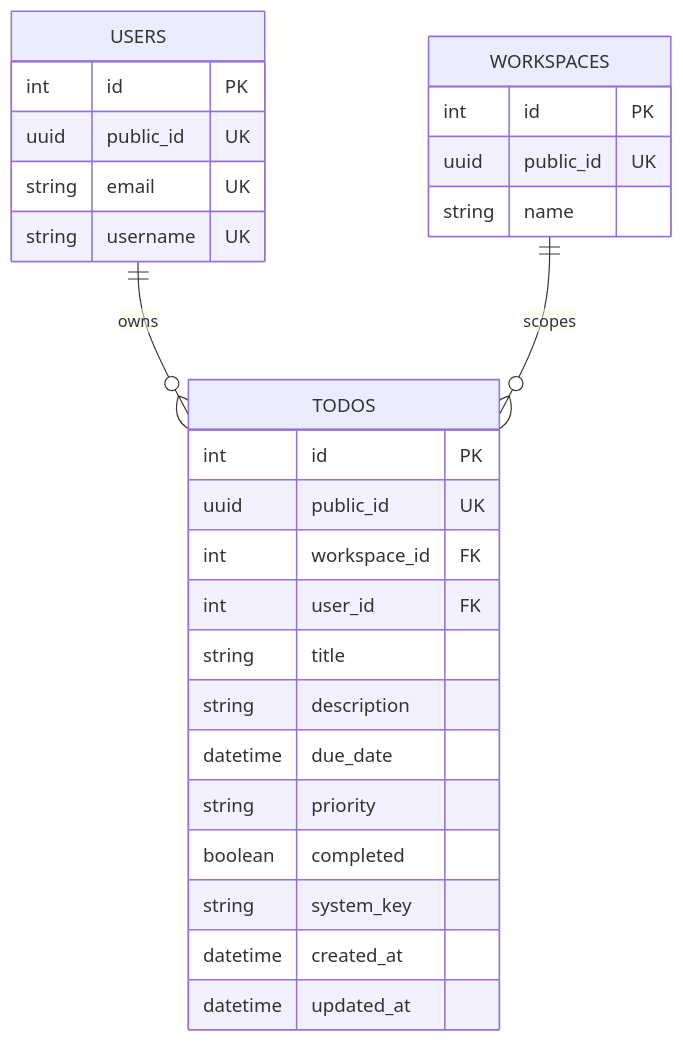
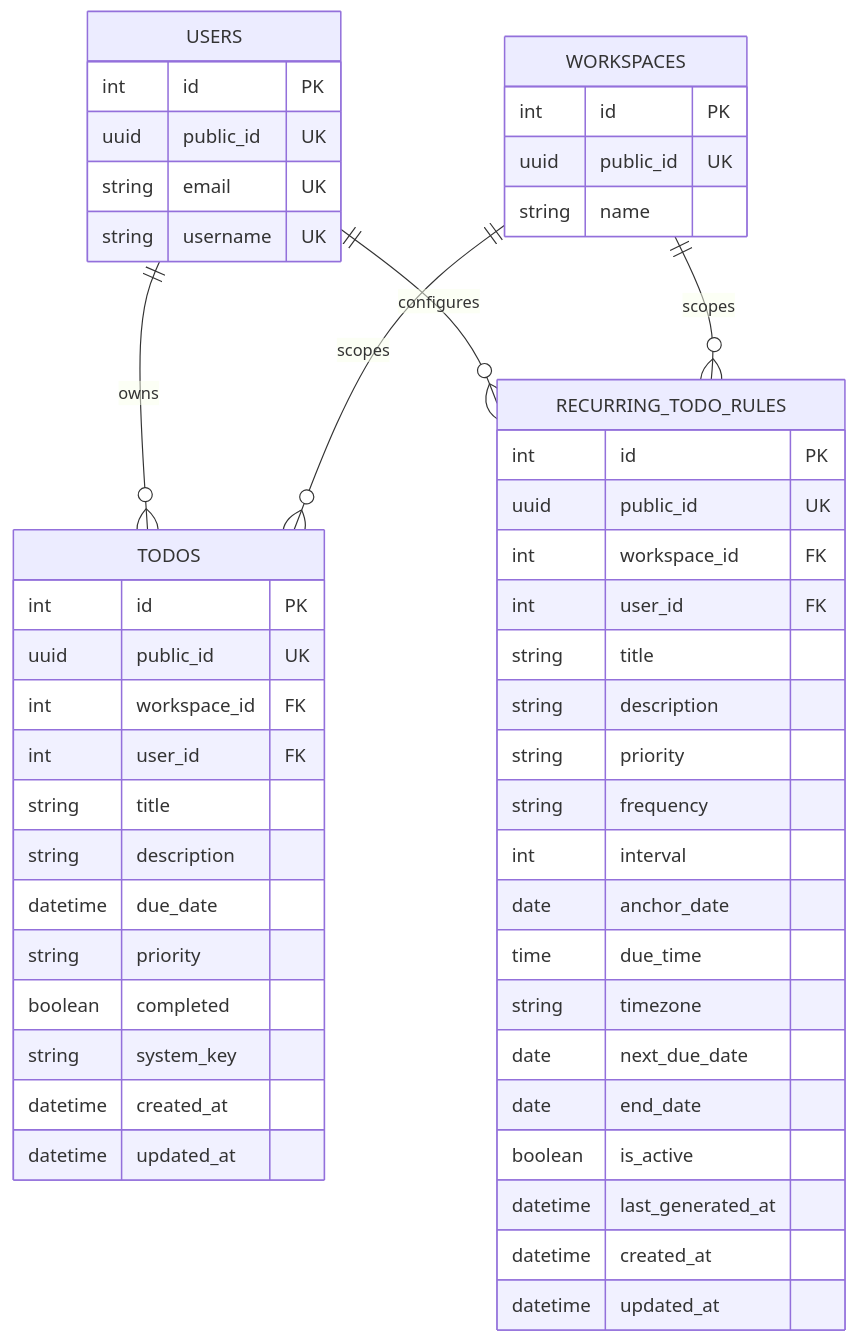
Before and after one commit to sajankp/lifestack-api: the third of 7 diagrams in docs/ERD.md, drawn with Mermaid. The commit also changed other lines of this file and 7 other files, not shown here.

Commit message:
fix(security): address remaining architecture audit security issues (SEC-M3, PyJWT, market prices, ERD drift)

````diff
--- a/docs/ERD.md
+++ b/docs/ERD.md
@@ -89,33 +99,56 @@
 ```mermaid
 erDiagram
     USERS {
         int id PK
         uuid public_id UK
         string email UK
         string username UK
     }
 
     WORKSPACES {
         int id PK
         uuid public_id UK
         string name
     }
 
     TODOS {
         int id PK
         uuid public_id UK
         int workspace_id FK
         int user_id FK
         string title
         string description
         datetime due_date
         string priority
         boolean completed
         string system_key
         datetime created_at
         datetime updated_at
     }
 
+    RECURRING_TODO_RULES {
+        int id PK
+        uuid public_id UK
+        int workspace_id FK
+        int user_id FK
+        string title
+        string description
+        string priority
+        string frequency
+        int interval
+        date anchor_date
+        time due_time
+        string timezone
+        date next_due_date
+        date end_date
+        boolean is_active
+        datetime last_generated_at
+        datetime created_at
+        datetime updated_at
+    }
+
     USERS ||--o{ TODOS : owns
     WORKSPACES ||--o{ TODOS : scopes
+    USERS ||--o{ RECURRING_TODO_RULES : configures
+    WORKSPACES ||--o{ RECURRING_TODO_RULES : scopes
 ```
````
